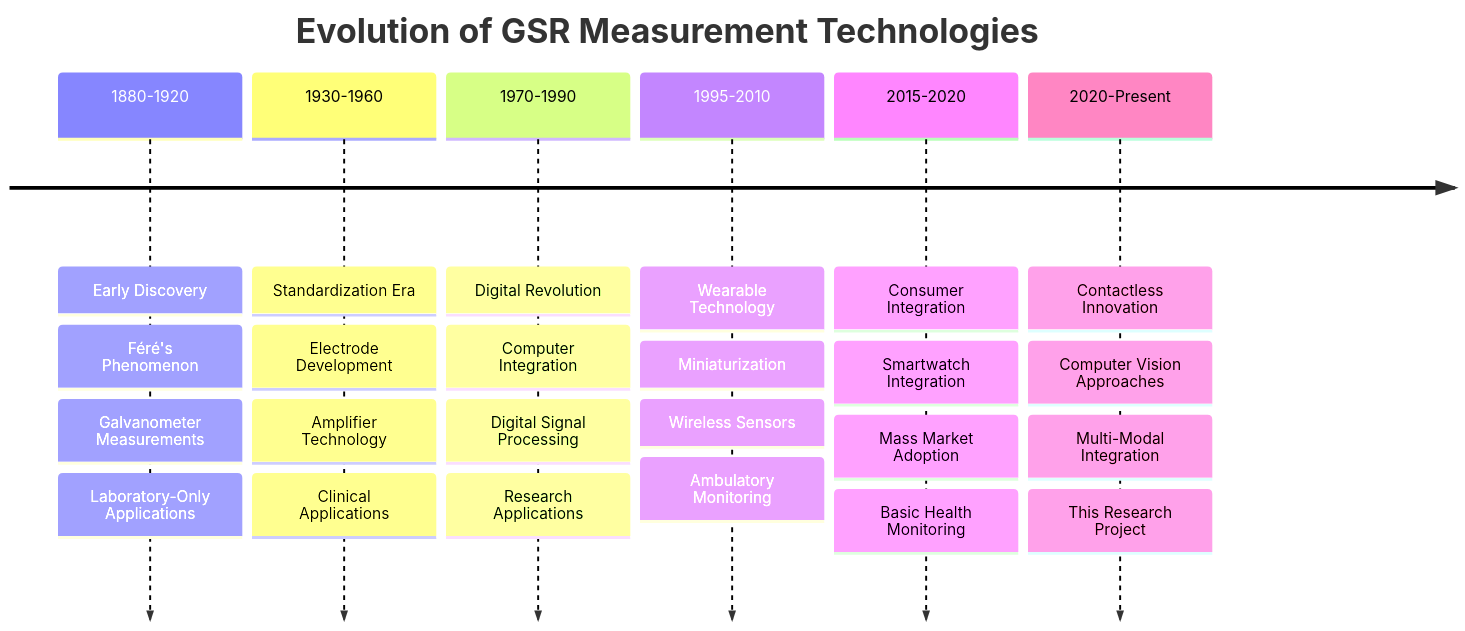
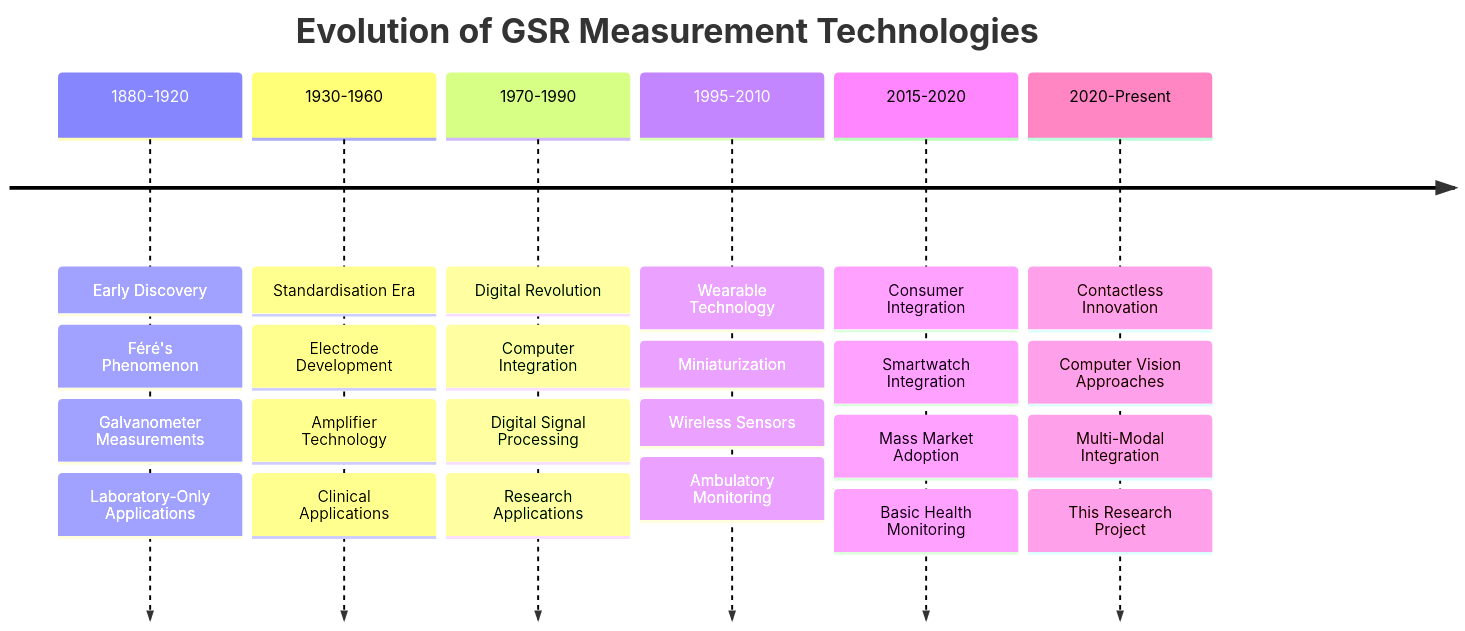
Before and after one commit to buccancs/fyp-multi-sensor-recording-system: the first of 6 diagrams in docs/thesis_report/draft_0/chapter_3_requirements_and_analysis.md, drawn with Mermaid. The commit also changed other lines of this file and 56 other files, not shown here.

````diff
--- a/docs/thesis_report/draft_0/chapter_3_requirements_and_analysis.md
+++ b/docs/thesis_report/draft_0/chapter_3_requirements_and_analysis.md
@@ -158,28 +158,28 @@
 ```mermaid
 timeline
     title Evolution of GSR Measurement Technologies
     1880-1920: Early Discovery
             : Féré's Phenomenon
             : Galvanometer Measurements
             : Laboratory-Only Applications
-    1930-1960: Standardization Era
+    1930-1960: Standardisation Era
             : Electrode Development
             : Amplifier Technology
             : Clinical Applications
     1970-1990: Digital Revolution
             : Computer Integration
             : Digital Signal Processing
             : Research Applications
     1995-2010: Wearable Technology
             : Miniaturization
             : Wireless Sensors
             : Ambulatory Monitoring
     2015-2020: Consumer Integration
             : Smartwatch Integration
             : Mass Market Adoption
             : Basic Health Monitoring
     2020-Present: Contactless Innovation
             : Computer Vision Approaches
             : Multi-Modal Integration
             : This Research Project
 ```
````
